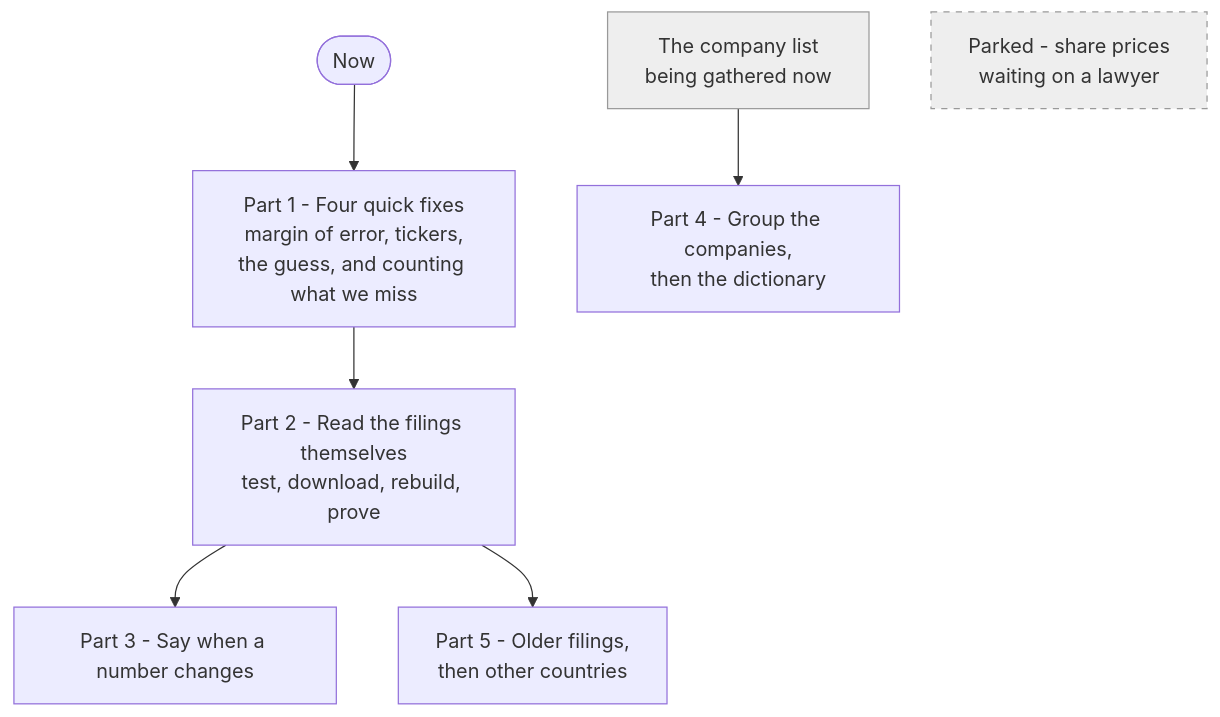
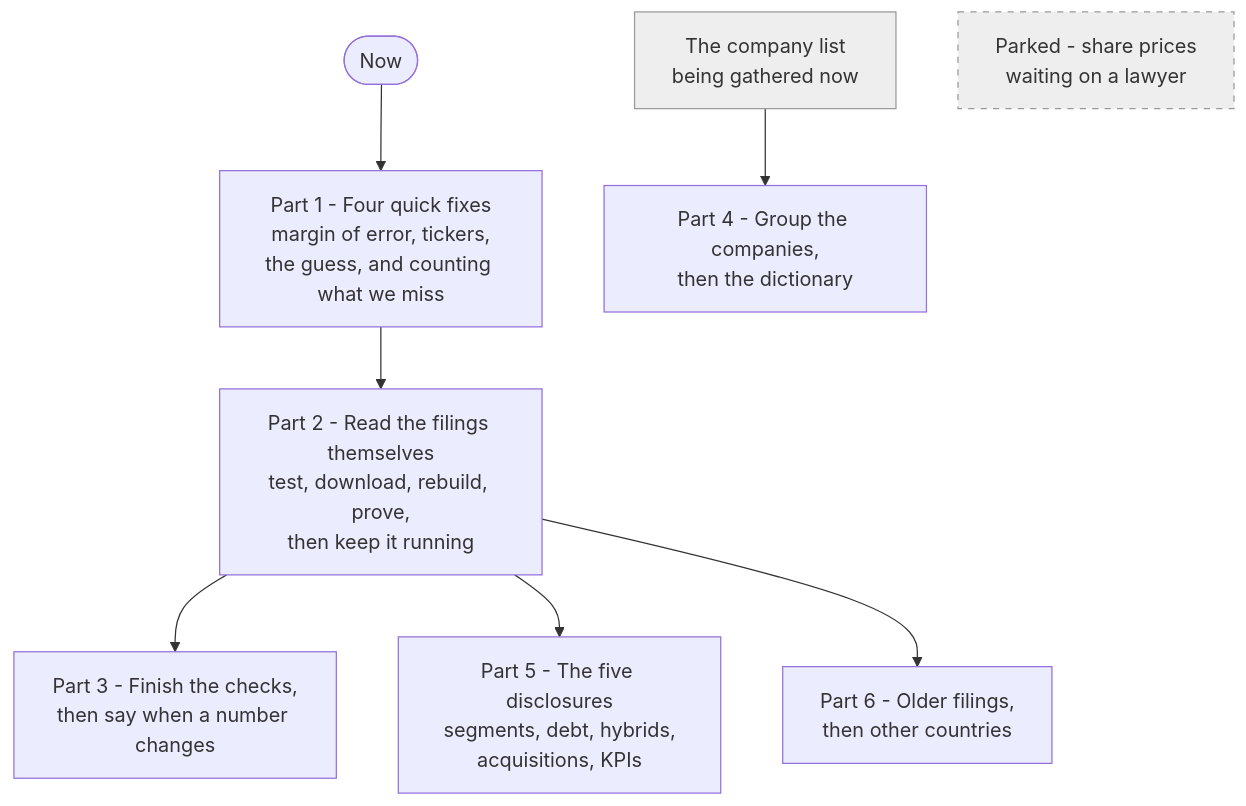
The third of 21 diagrams in docs/steps.md (g784dwcd2r-crypto/H), drawn with Mermaid before and after one commit. The commit also changed other lines of this file, not shown here.

````diff
--- a/docs/steps.md
+++ b/docs/steps.md
@@ -49,11 +49,12 @@
 ```mermaid
 flowchart TD
     START([Now]) --> P1["Part 1 - Four quick fixes<br/>margin of error, tickers,<br/>the guess, and counting what we miss"]
-    P1 --> P2["Part 2 - Read the filings themselves<br/>test, download, rebuild, prove"]
-    P2 --> P3["Part 3 - Say when a number changes"]
-    P2 --> P5["Part 5 - Older filings,<br/>then other countries"]
+    P1 --> P2["Part 2 - Read the filings themselves<br/>test, download, rebuild, prove,<br/>then keep it running"]
+    P2 --> P3["Part 3 - Finish the checks,<br/>then say when a number changes"]
+    P2 --> P5["Part 5 - The five disclosures<br/>segments, debt, hybrids,<br/>acquisitions, KPIs"]
+    P2 --> P6["Part 6 - Older filings,<br/>then other countries"]
     LIST["The company list<br/>being gathered now"] --> P4["Part 4 - Group the companies,<br/>then the dictionary"]
     PARK["Parked - share prices<br/>waiting on a lawyer"]
     style PARK fill:#eeeeee,stroke:#999999,stroke-dasharray: 5 5
     style LIST fill:#eeeeee,stroke:#999999
 ```
````
